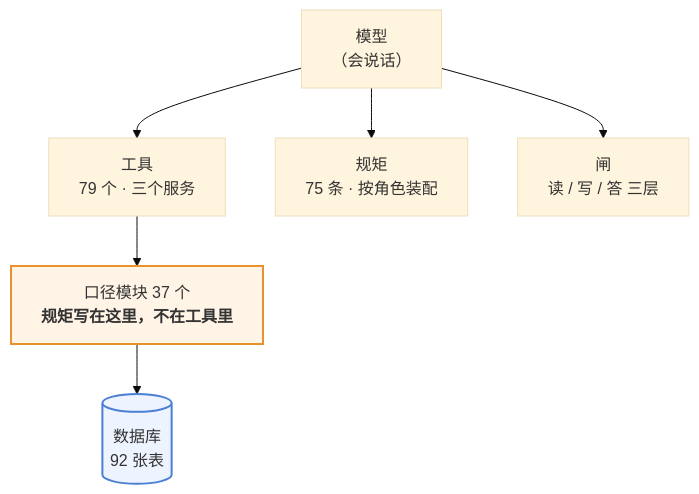
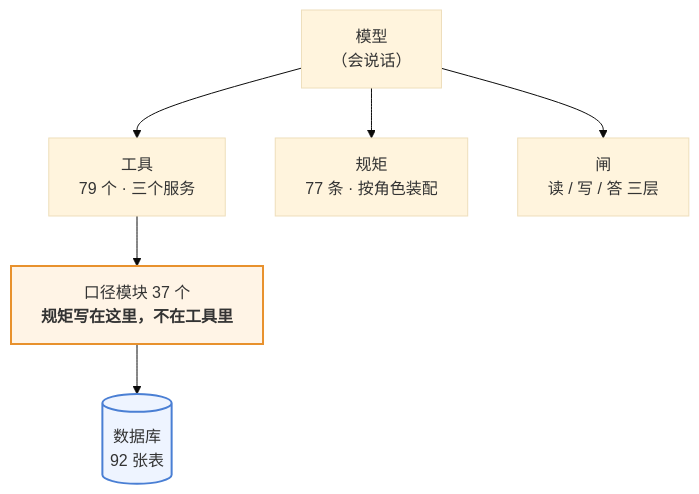
The first of 3 diagrams in 澜绣云裳agent-产品说明.md (843773296-rgb/lanxiu-yunshang-agent), drawn with Mermaid (base theme) before and after one commit. The commit also changed 12 other files, not shown here.

````diff
--- a/澜绣云裳agent-产品说明.md
+++ b/澜绣云裳agent-产品说明.md
@@ -62,12 +62,12 @@
 ```mermaid
 flowchart TD
     M["模型<br/>（会说话）"]
     M --> T["工具<br/>79 个 · 三个服务"]
-    M --> R["规矩<br/>75 条 · 按角色装配"]
+    M --> R["规矩<br/>77 条 · 按角色装配"]
     M --> G["闸<br/>读 / 写 / 答 三层"]
     T --> K["口径模块 37 个<br/><b>规矩写在这里，不在工具里</b>"]
     K --> DB[("数据库<br/>92 张表")]
 
     style K fill:#fff4e6,stroke:#e8912d,stroke-width:2px
     style DB fill:#eef4ff,stroke:#4a7fd4,stroke-width:2px
 ```
````
